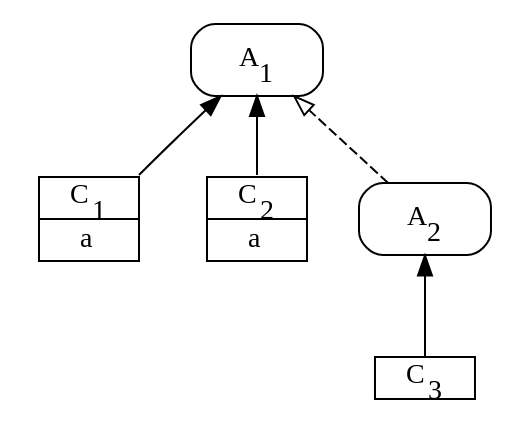
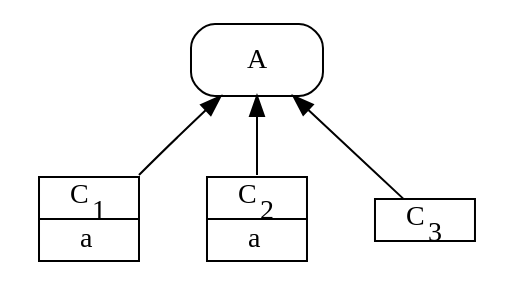
One commit to BenChung/JuliaFormalismNOOL2016 changed the diagram in example2.dot. Above: the diagram before and after it, drawn with Graphviz. The commit also changed 3 other files, not shown here.

```diff
--- a/example2.dot
+++ b/example2.dot
@@ -1,29 +1,24 @@
 digraph G {
 	node [shape="Mrecord"];
 	{rank=source;A_1 [ label = <<table border="0" cellspacing="0">
-                    <tr><td width="50"  port="port1" border="0">A<SUB>1</SUB></td></tr>
+                    <tr><td width="50"  port="port1" border="0">A</td></tr>
                 </table>>];}
 	node [shape=none]; 
 	{rank=same; 
 		C_1 [label = <<table border="0" cellspacing="0">
                     <tr><td width="50"  port="port1" border="1">C<SUB>1</SUB></td></tr>
                     <tr><td width="50" border="1">a</td></tr>
                 </table>>]; 
 		C_2 [label = <<table border="0" cellspacing="0">
                     <tr><td width="50"  port="port1" border="1">C<SUB>2</SUB></td></tr>
                     <tr><td width="50" border="1">a</td></tr>
                 </table>>];}
-	{rank=sink; C_3 [label = <<table border="0" cellspacing="0">
+	{C_3 [label = <<table border="0" cellspacing="0">
                     <tr><td width="50"  port="port1" border="1">C<SUB>3</SUB></td></tr>
                 </table>>];}
-	node [shape="Mrecord"];
-	A_2 [ label = <<table border="0" cellspacing="0">
-                    <tr><td width="50"  port="port1" border="0">A<SUB>2</SUB></td></tr>
-                </table>>];
     {       
-        A_2 -> A_1 [arrowhead = "empty", style="dashed"];
 		C_1:port1:ne -> A_1;
 		C_2:port1 -> A_1; 
-		C_3:port1 -> A_2;
+		C_3:port1 -> A_1;
 	}
 }
```
